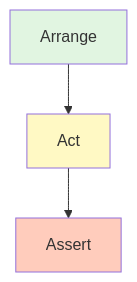
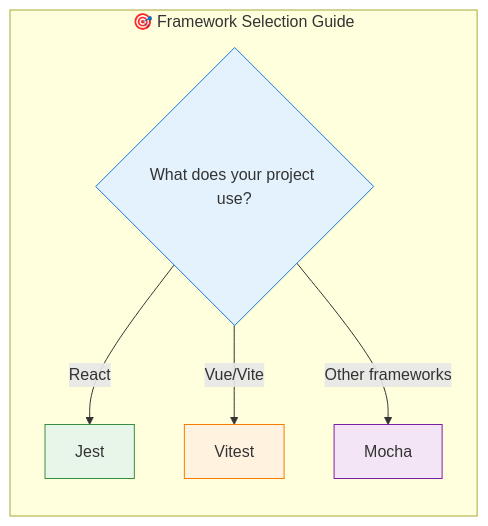
One commit to zhangshichuan/maxzhang.site changed the third of 14 diagrams in articles/en/nodejs-unit-performance-testing-guide.mdx. Above: the diagram before and after it, drawn with Mermaid. The commit also changed other lines of this file and 1 other file, not shown here.

Commit message:
docs: nodejs-unit-performance-testing-guide

````diff
--- a/articles/en/nodejs-unit-performance-testing-guide.mdx
+++ b/articles/en/nodejs-unit-performance-testing-guide.mdx
@@ -37,8 +326,15 @@
 ```mermaid
-flowchart TD
-    A[Arrange] --> B[Act]
-    B --> C[Assert]
-    style A fill:#e1f5e1
-    style B fill:#fff9c4
-    style C fill:#ffccbc
+flowchart LR
+    subgraph FrameworkChoice["🎯 Framework Selection Guide"]
+        direction TB
+        A{What does your project use?}
+        A -->|React| B[Jest]
+        A -->|Vue/Vite| C[Vitest]
+        A -->|Other frameworks| D[Mocha]
+    end
+
+    style A fill:#e3f2fd,stroke:#1976d2
+    style B fill:#e8f5e9,stroke:#388e3c
+    style C fill:#fff3e0,stroke:#f57c00
+    style D fill:#f3e5f5,stroke:#7b1fa2
 ```
````
